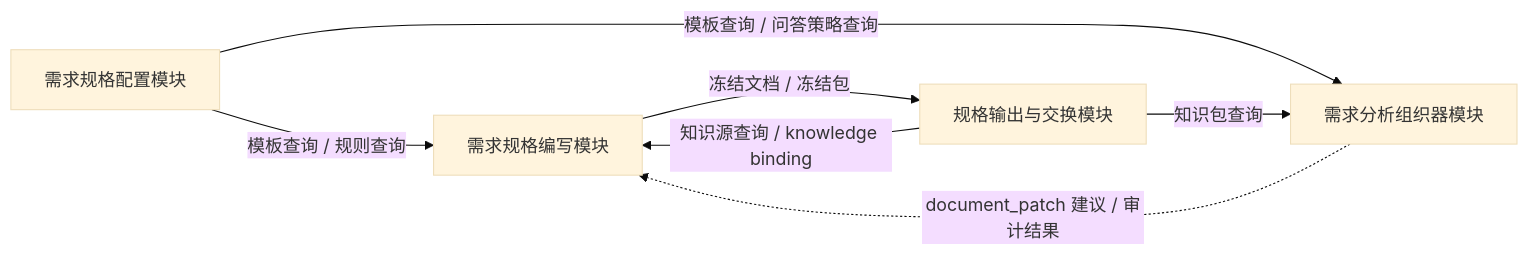
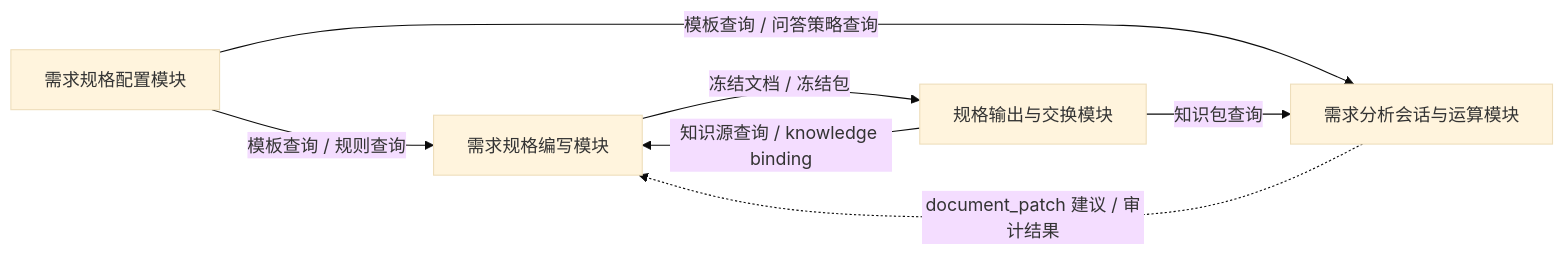
One commit to wgwtest/CodeFactoryV2 changed the fifth of 18 diagrams in DOC/CODEX_DOC/02_设计说明/P2_需求分析系统/P2-需求分析系统设计.md. Above: the diagram before and after it, drawn with Mermaid (base theme). The commit also changed other lines of this file, not shown here.

````diff
--- a/DOC/CODEX_DOC/02_设计说明/P2_需求分析系统/P2-需求分析系统设计.md
+++ b/DOC/CODEX_DOC/02_设计说明/P2_需求分析系统/P2-需求分析系统设计.md
@@ -649,14 +665,14 @@
 ```mermaid
 flowchart LR
   Config["需求规格配置模块"]
   Authoring["需求规格编写模块"]
-  Analysis["需求分析组织器模块"]
+  Analysis["需求分析会话与运算模块"]
   Exchange["规格输出与交换模块"]
 
   Config -->|"模板查询 / 规则查询"| Authoring
   Config -->|"模板查询 / 问答策略查询"| Analysis
   Exchange -->|"知识源查询 / knowledge binding"| Authoring
   Exchange -->|"知识包查询"| Analysis
   Analysis -. "document_patch 建议 / 审计结果" .-> Authoring
   Authoring -->|"冻结文档 / 冻结包"| Exchange
 ```
````
